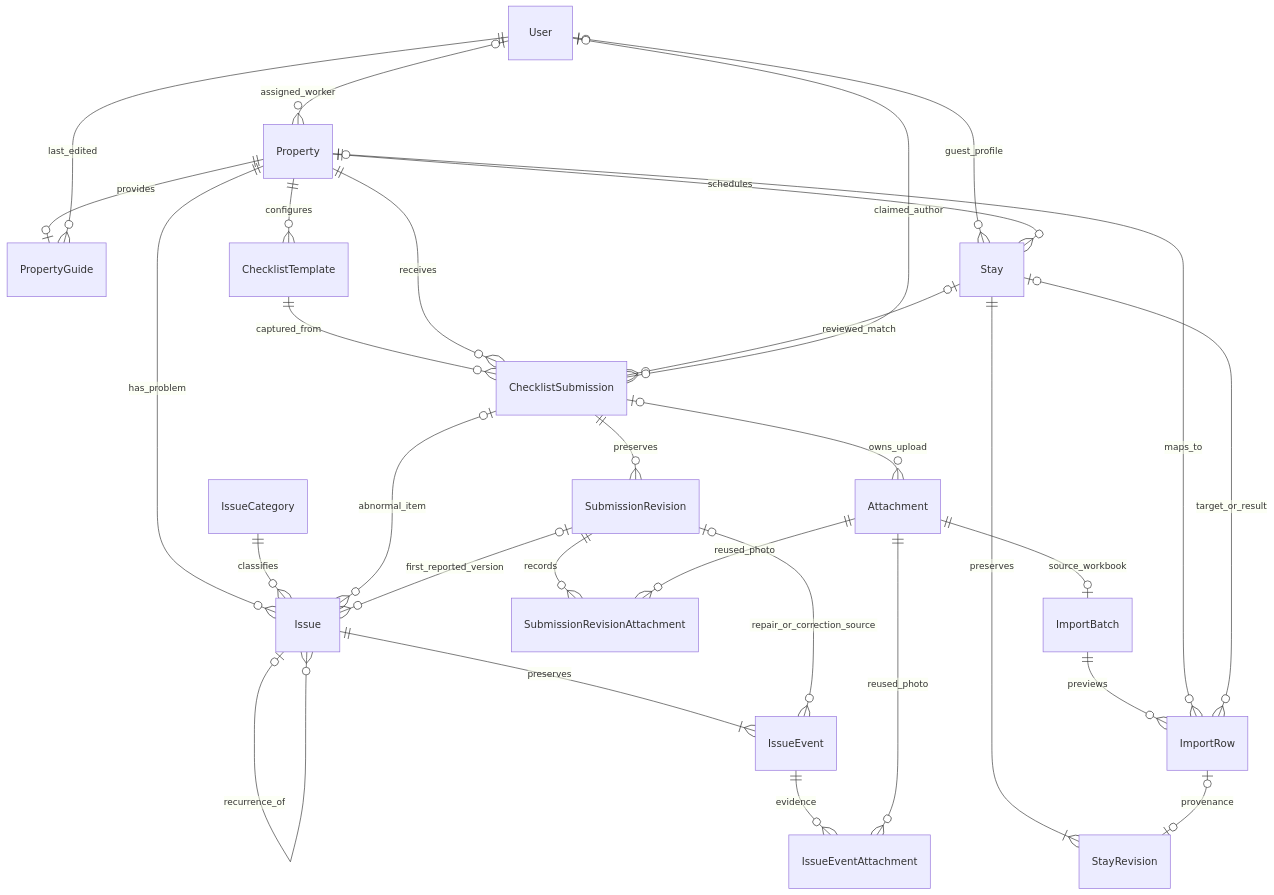
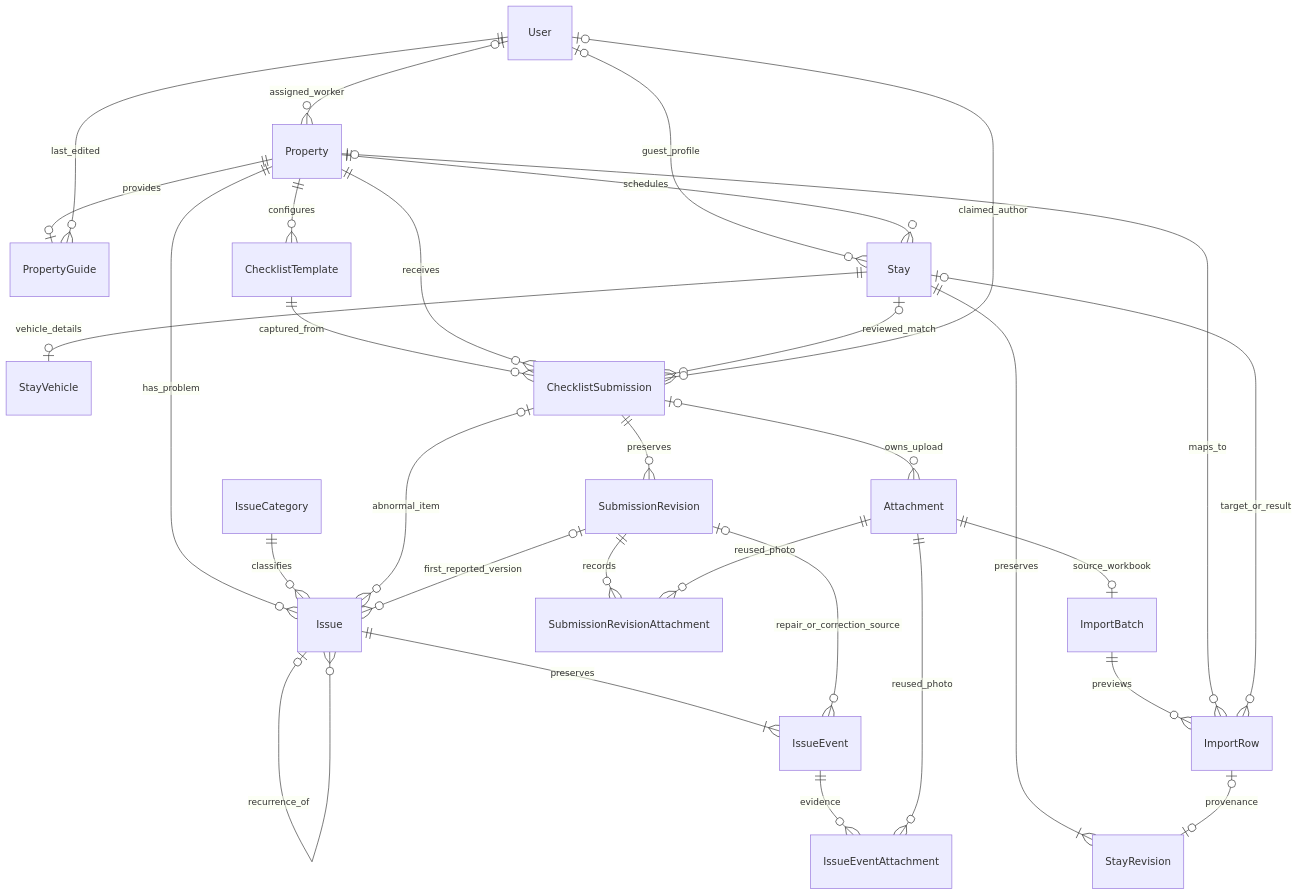
One commit to studyfactory2/retreat-api changed the diagram in docs/data-model.md. Above: the diagram before and after it, drawn with Mermaid. The commit also changed other lines of this file and 23 other files, not shown here.

Commit message:
feat: add guest vehicle details and admin stay vehicle access

````diff
--- a/docs/data-model.md
+++ b/docs/data-model.md
@@ -43,32 +45,33 @@
 ```mermaid
 erDiagram
   User o|--o{ Property : assigned_worker
   Property ||--o| PropertyGuide : provides
   User ||--o{ PropertyGuide : last_edited
   User o|--o{ Stay : guest_profile
   Property ||--o{ Stay : schedules
+  Stay ||--o| StayVehicle : vehicle_details
   Stay ||--|{ StayRevision : preserves
   Attachment ||--o| ImportBatch : source_workbook
   ImportBatch ||--o{ ImportRow : previews
   Property o|--o{ ImportRow : maps_to
   Stay o|--o{ ImportRow : target_or_result
   ImportRow o|--o| StayRevision : provenance
   Property ||--o{ ChecklistTemplate : configures
   ChecklistTemplate ||--o{ ChecklistSubmission : captured_from
   Property ||--o{ ChecklistSubmission : receives
   Stay o|--o{ ChecklistSubmission : reviewed_match
   User o|--o{ ChecklistSubmission : claimed_author
   ChecklistSubmission ||--o{ SubmissionRevision : preserves
   ChecklistSubmission o|--o{ Attachment : owns_upload
   SubmissionRevision ||--o{ SubmissionRevisionAttachment : records
   Attachment ||--o{ SubmissionRevisionAttachment : reused_photo
   Property ||--o{ Issue : has_problem
   IssueCategory ||--o{ Issue : classifies
   ChecklistSubmission o|--o{ Issue : abnormal_item
   SubmissionRevision o|--o{ Issue : first_reported_version
   Issue o|--o{ Issue : recurrence_of
   Issue ||--|{ IssueEvent : preserves
   SubmissionRevision o|--o{ IssueEvent : repair_or_correction_source
   IssueEvent ||--o{ IssueEventAttachment : evidence
   Attachment ||--o{ IssueEventAttachment : reused_photo
 ```
````
